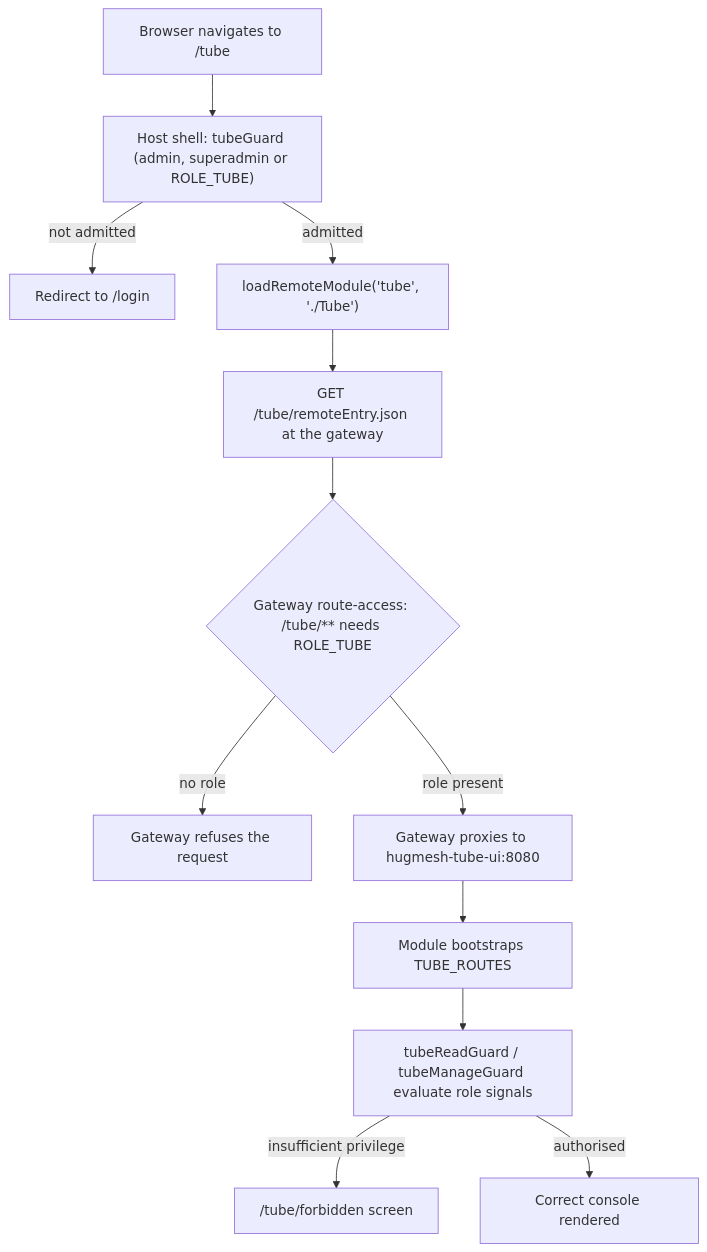
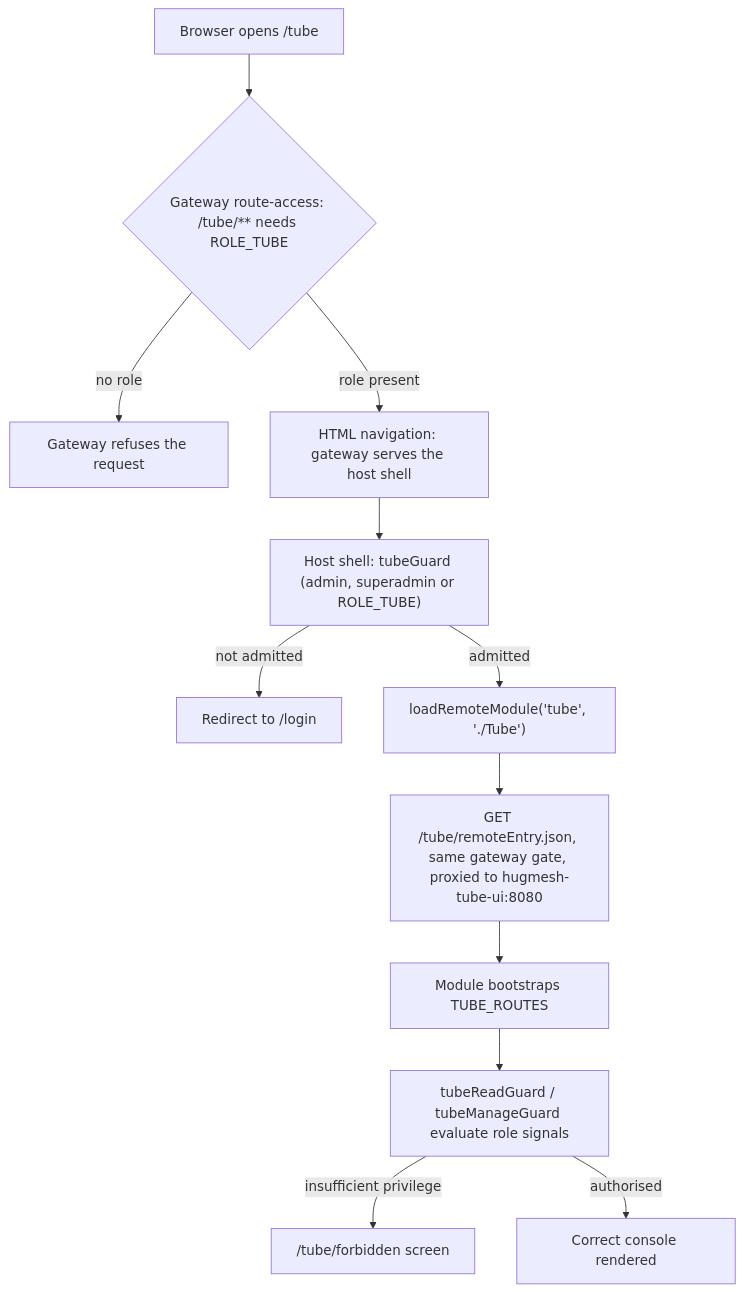
The first of 2 diagrams in README.md (hugmesh/hugmesh-tube-ui), drawn with Mermaid before and after one commit. The commit also changed other lines of this file, not shown here.

Commit message:
docs(readme): show both entry paths to /tube, quote the Node engines range, drop an unverified divergence note

````diff
--- a/README.md
+++ b/README.md
@@ -54,14 +55,14 @@
 ```mermaid
 flowchart TB
-    A[Browser navigates to /tube] --> B["Host shell: tubeGuard (admin, superadmin or ROLE_TUBE)"]
-    B -->|not admitted| C[Redirect to /login]
-    B -->|admitted| D["loadRemoteModule('tube', './Tube')"]
-    D --> E["GET /tube/remoteEntry.json at the gateway"]
-    E --> F{"Gateway route-access: /tube/** needs ROLE_TUBE"}
-    F -->|no role| G[Gateway refuses the request]
-    F -->|role present| H["Gateway proxies to hugmesh-tube-ui:8080"]
+    A[Browser opens /tube] --> B{"Gateway route-access: /tube/** needs ROLE_TUBE"}
+    B -->|no role| C[Gateway refuses the request]
+    B -->|role present| D["HTML navigation: gateway serves the host shell"]
+    D --> E["Host shell: tubeGuard (admin, superadmin or ROLE_TUBE)"]
+    E -->|not admitted| F[Redirect to /login]
+    E -->|admitted| G["loadRemoteModule('tube', './Tube')"]
+    G --> H["GET /tube/remoteEntry.json, same gateway gate, proxied to hugmesh-tube-ui:8080"]
     H --> I[Module bootstraps TUBE_ROUTES]
     I --> J[tubeReadGuard / tubeManageGuard evaluate role signals]
     J -->|insufficient privilege| K["/tube/forbidden screen"]
     J -->|authorised| L[Correct console rendered]
 ```
````
